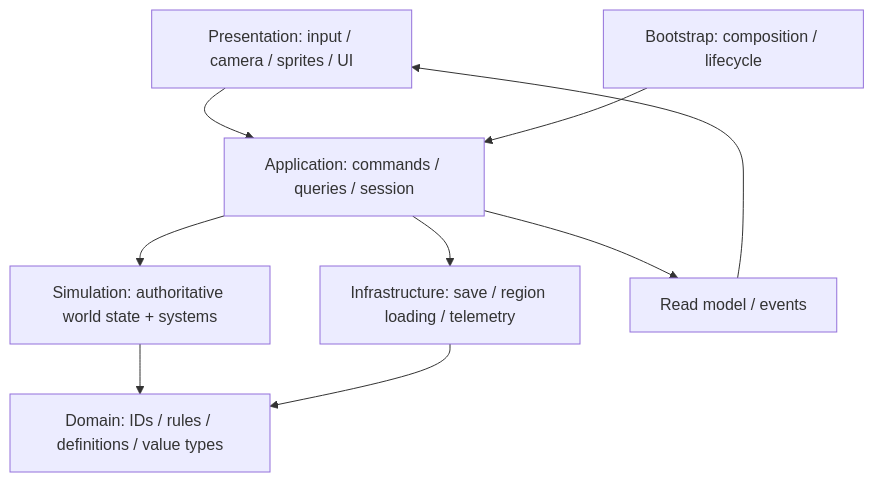
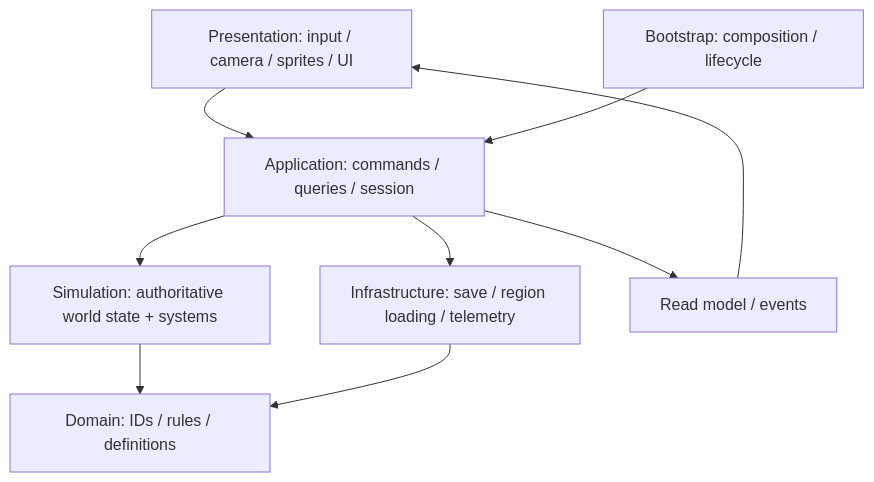
The diagram in AGENTS.md (redbull101020/SCRAP-NATION), drawn with Mermaid before and after one commit. The commit also changed other lines of this file, not shown here.

````diff
--- a/AGENTS.md
+++ b/AGENTS.md
@@ -36,11 +32,11 @@
 ```mermaid
 flowchart TD
     P["Presentation: input / camera / sprites / UI"] --> A["Application: commands / queries / session"]
     B["Bootstrap: composition / lifecycle"] --> A
     A --> S["Simulation: authoritative world state + systems"]
-    S --> D["Domain: IDs / rules / definitions / value types"]
+    S --> D["Domain: IDs / rules / definitions"]
     A --> F["Infrastructure: save / region loading / telemetry"]
     F --> D
     A --> R["Read model / events"]
     R --> P
 ```
````
